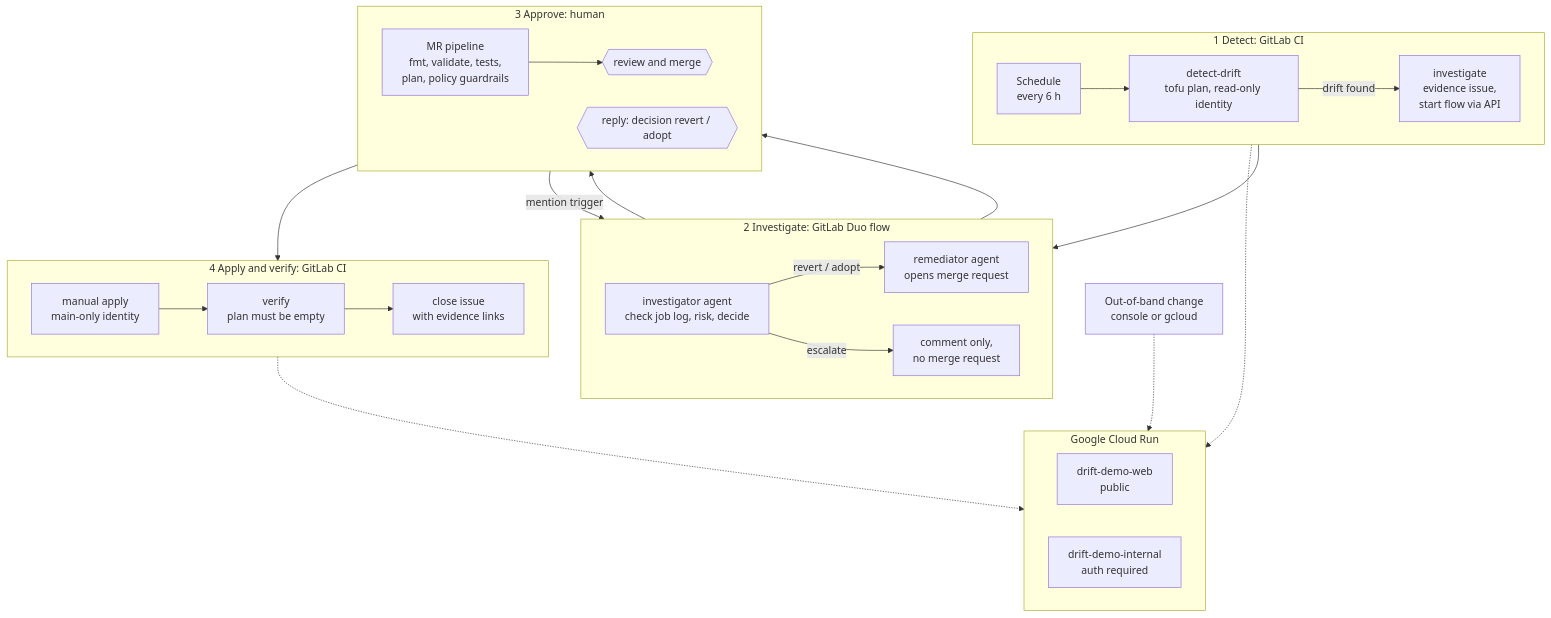
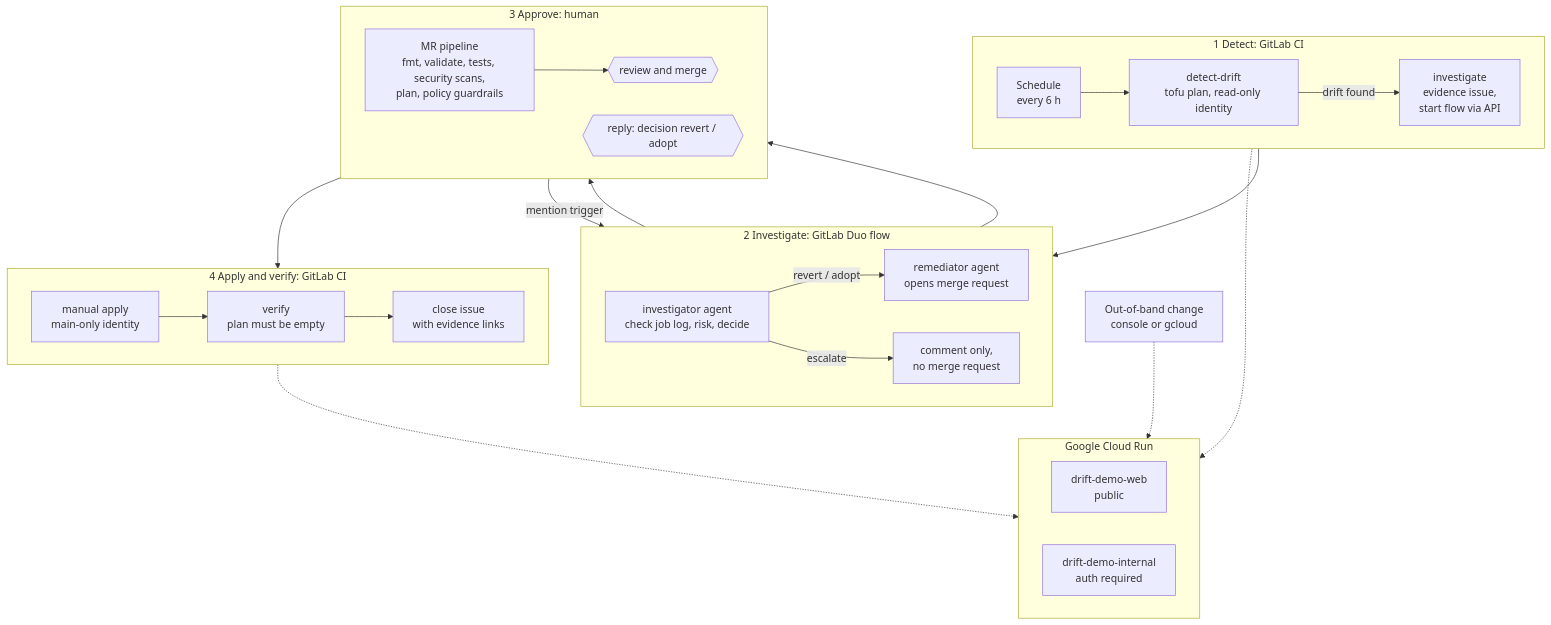
One commit to CompilingCaffeine/GitLab-Cloud-Infrastructure-Drift-Detective-Hackathon-Project changed the diagram in README.md. Above: the diagram before and after it, drawn with Mermaid. The commit also changed other lines of this file and 1 other file, not shown here.

Commit message:
README: document the security scanning stage and gate

````diff
--- a/README.md
+++ b/README.md
@@ -26,41 +26,41 @@
 ```mermaid
 flowchart TB
   OOB["Out-of-band change<br/>console or gcloud"] -.-> GCP
 
   subgraph GCP["Google Cloud Run"]
     direction LR
     WEB["drift-demo-web<br/>public"]
     INT["drift-demo-internal<br/>auth required"]
   end
 
   subgraph S1["1 Detect: GitLab CI"]
     direction LR
     SCHED["Schedule<br/>every 6 h"] --> DET["detect-drift<br/>tofu plan, read-only identity"]
     DET -->|"drift found"| INV["investigate<br/>evidence issue,<br/>start flow via API"]
   end
 
   subgraph S2["2 Investigate: GitLab Duo flow"]
     direction LR
     I["investigator agent<br/>check job log, risk, decide"] -->|"revert / adopt"| R["remediator agent<br/>opens merge request"]
     I -->|"escalate"| ESC["comment only,<br/>no merge request"]
   end
 
   subgraph S3["3 Approve: human"]
     direction LR
-    MRCI["MR pipeline<br/>fmt, validate, tests,<br/>plan, policy guardrails"] --> H1{{"review and merge"}}
+    MRCI["MR pipeline<br/>fmt, validate, tests, security scans,<br/>plan, policy guardrails"] --> H1{{"review and merge"}}
     H2{{"reply: decision revert / adopt"}}
   end
 
   subgraph S4["4 Apply and verify: GitLab CI"]
     direction LR
     APPLY["manual apply<br/>main-only identity"] --> VER["verify<br/>plan must be empty"] --> CLOSE["close issue<br/>with evidence links"]
   end
 
   DET -.-> GCP
   INV --> I
   R --> MRCI
   ESC --> H2
   H2 -->|"mention trigger"| I
   H1 --> APPLY
   APPLY -.-> GCP
 ```
````
